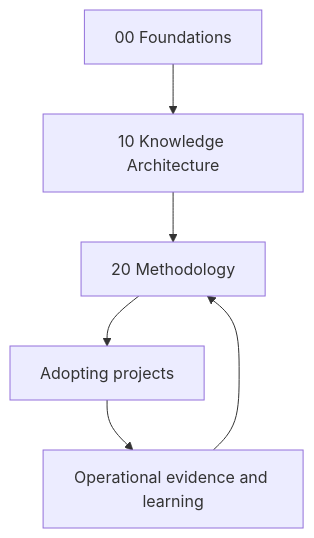
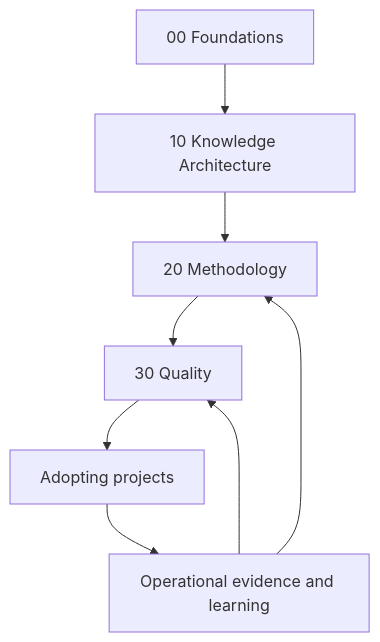
The diagram in README.md (KrzysztofOle/knowledge-driven-development), drawn with Mermaid before and after one commit. The commit also changed other lines of this file, not shown here.

Commit message:
docs: add KDD quality layer to methodology index

```diff
--- a/README.md
+++ b/README.md
@@ -9,8 +9,10 @@
 ~~~mermaid
 flowchart TD
     A["00 Foundations"] --> B["10 Knowledge Architecture"]
     B --> C["20 Methodology"]
-    C --> D["Adopting projects"]
-    D --> E["Operational evidence and learning"]
-    E --> C
+    C --> D["30 Quality"]
+    D --> E["Adopting projects"]
+    E --> F["Operational evidence and learning"]
+    F --> D
+    F --> C
 ~~~
```
